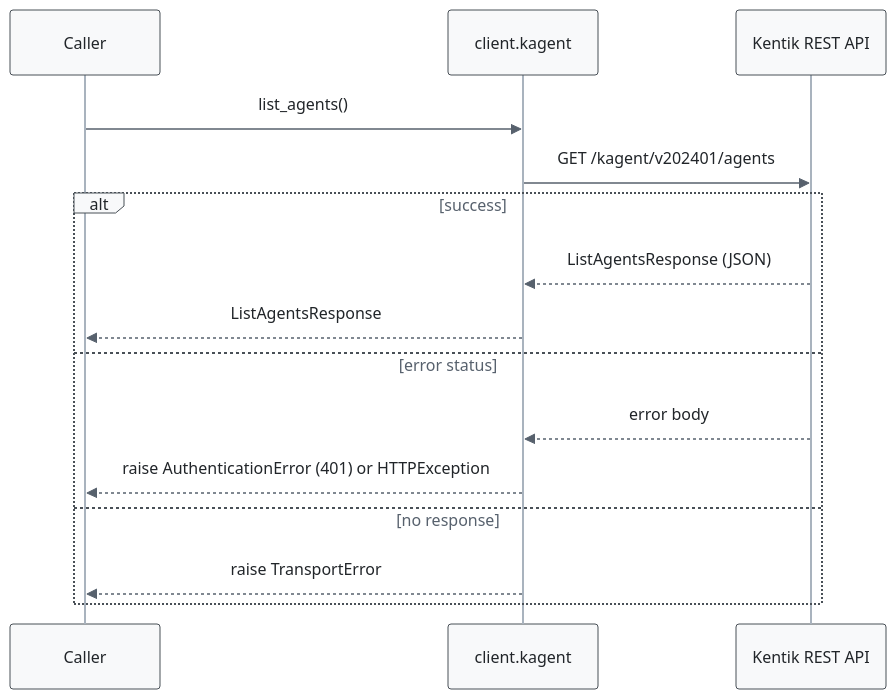
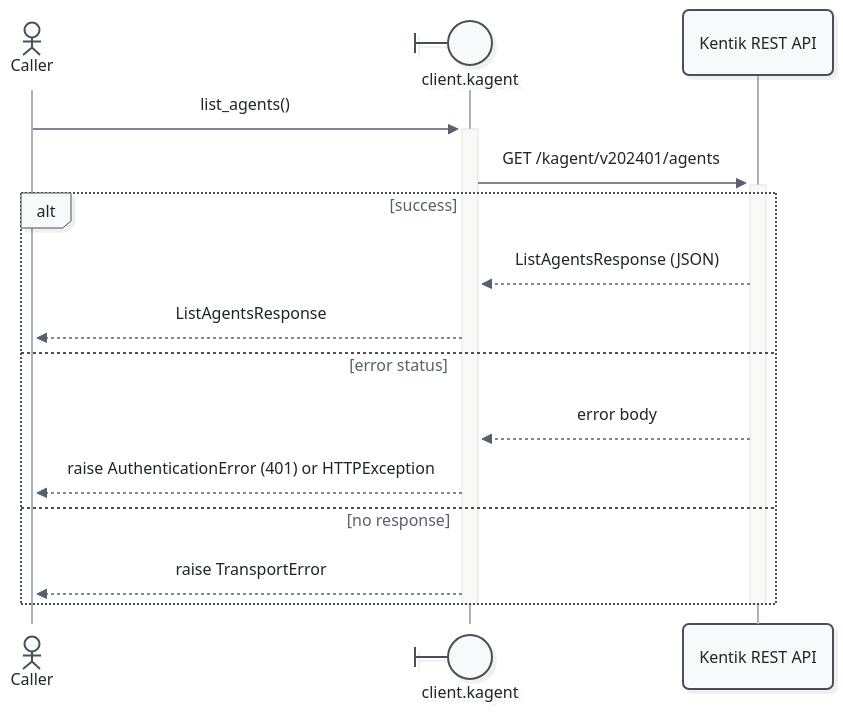
Before and after one commit to alexdearaujo/community_sdk_python: the first of 57 diagrams in docs/sphinx/services/kagent.md, drawn with Mermaid. The commit also changed other lines of this file and 52 other files, not shown here.

First line of the commit message:
docs: Mermaid 12 sequence diagrams with participant types and path colors

````diff
--- a/docs/sphinx/services/kagent.md
+++ b/docs/sphinx/services/kagent.md
@@ -35,19 +35,21 @@
 ```mermaid
-%%{init: {"theme": "base", "fontFamily": "ui-monospace, SFMono-Regular, Menlo, monospace", "themeVariables": {"fontFamily": "ui-monospace, SFMono-Regular, Menlo, monospace", "primaryColor": "#f8f9fa", "primaryBorderColor": "#495057", "primaryTextColor": "#212529", "textColor": "#212529", "lineColor": "#77818c", "edgeLabelBackground": "#ffffff", "actorBkg": "#f8f9fa", "actorBorder": "#495057", "actorTextColor": "#212529", "actorLineColor": "#a9b3be", "signalColor": "#57616d", "signalTextColor": "#212529", "labelBoxBkgColor": "#f8f9fa", "labelBoxBorderColor": "#495057", "labelTextColor": "#212529", "loopTextColor": "#57616d", "noteBkgColor": "#fff9db", "noteBorderColor": "#f08c00", "noteTextColor": "#a35a00"}, "flowchart": {"curve": "step", "nodeSpacing": 30, "rankSpacing": 70, "wrappingWidth": 400}}}%%
+%%{init: {"theme": "redux", "look": "neo", "layout": "dagre", "fontFamily": "ui-monospace, SFMono-Regular, Menlo, monospace", "themeVariables": {"fontFamily": "ui-monospace, SFMono-Regular, Menlo, monospace", "primaryColor": "#f8f9fa", "primaryBorderColor": "#495057", "primaryTextColor": "#212529", "textColor": "#212529", "lineColor": "#77818c", "edgeLabelBackground": "#ffffff", "actorBkg": "#f8f9fa", "actorBorder": "#495057", "actorTextColor": "#212529", "actorLineColor": "#a9b3be", "signalColor": "#57616d", "signalTextColor": "#212529", "labelBoxBkgColor": "#f8f9fa", "labelBoxBorderColor": "#495057", "labelTextColor": "#212529", "loopTextColor": "#57616d", "noteBkgColor": "#fff9db", "noteBorderColor": "#f08c00", "noteTextColor": "#a35a00"}, "sequence": {"activationWidth": 16}, "flowchart": {"curve": "step", "nodeSpacing": 30, "rankSpacing": 70, "wrappingWidth": 400}}}%%
 sequenceDiagram
-    participant C as Caller
-    participant W as client.kagent
+    actor C as Caller
+    participant W@{ "type": "boundary" } as client.kagent
     participant API as Kentik REST API
 
-    C->>W: list_agents()
-    W->>API: GET /kagent/v202401/agents
+    C->>+W: list_agents()
+    W->>+API: GET /kagent/v202401/agents
     alt success
         API-->>W: ListAgentsResponse (JSON)
         W-->>C: ListAgentsResponse
     else error status
         API-->>W: error body
         W-->>C: raise AuthenticationError (401) or HTTPException
     else no response
         W-->>C: raise TransportError
     end
+    deactivate API
+    deactivate W
 ```
````
